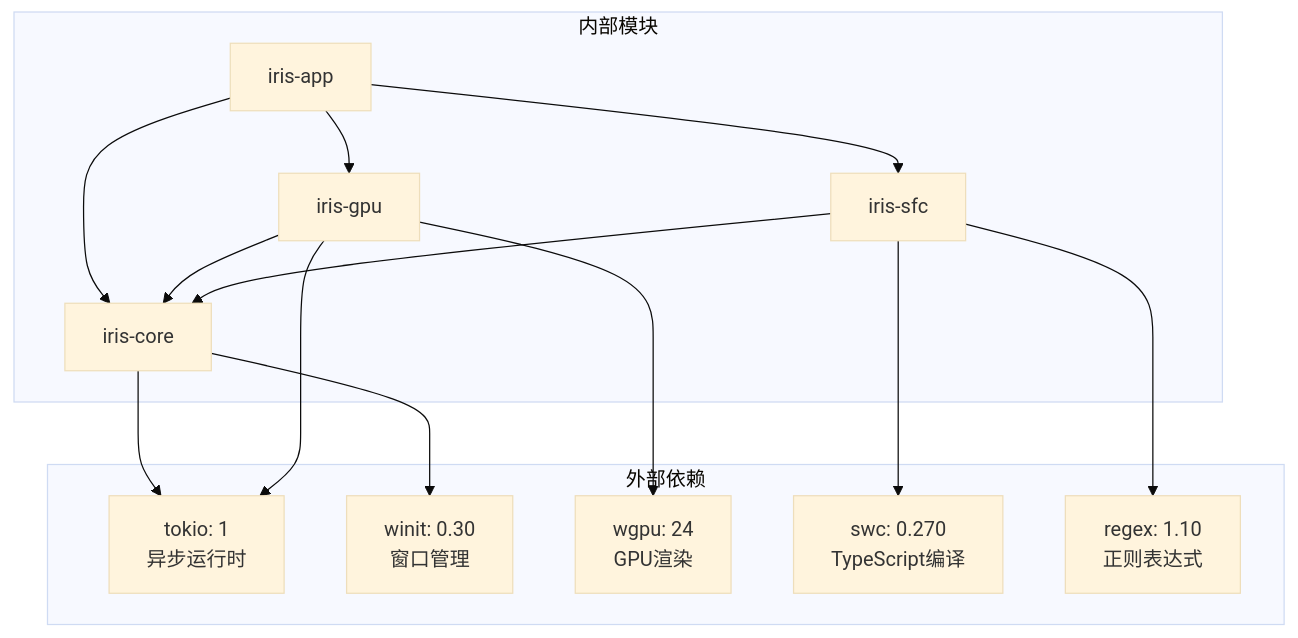
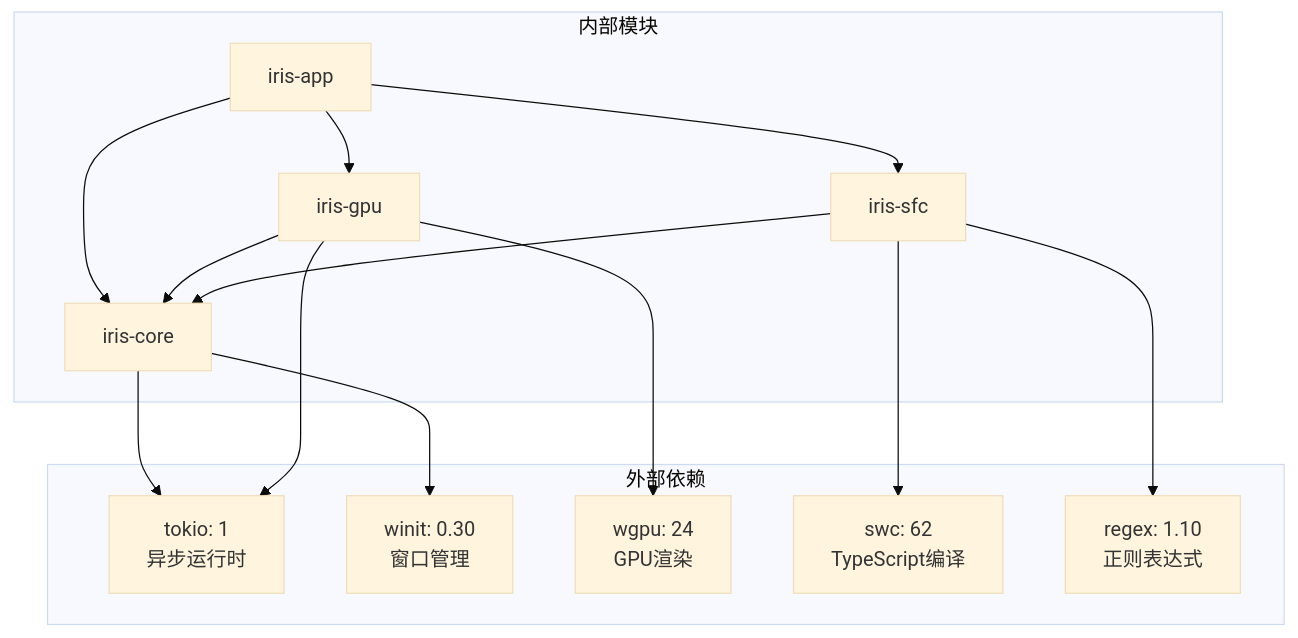
Before and after one commit to itszzl-sudo/iris: the eighth of 10 diagrams in .qoder/repowiki/zh/content/部署与配置/Cargo性能优化完整指南/Cargo性能优化完整指南.md, drawn with Mermaid (base theme). The commit also changed other lines of this file and 17 other files, not shown here.

````diff
--- a/.qoder/repowiki/zh/content/部署与配置/Cargo性能优化完整指南/Cargo性能优化完整指南.md
+++ b/.qoder/repowiki/zh/content/部署与配置/Cargo性能优化完整指南/Cargo性能优化完整指南.md
@@ -319,27 +326,27 @@
 ```mermaid
 graph TB
 subgraph "外部依赖"
 Tokio[tokio: 1<br/>异步运行时]
 Winit[winit: 0.30<br/>窗口管理]
 WGPU[wgpu: 24<br/>GPU渲染]
-SWC[swc: 0.270<br/>TypeScript编译]
+SWC[swc: 62<br/>TypeScript编译]
 Regex[regex: 1.10<br/>正则表达式]
 end
 subgraph "内部模块"
 Core[iris-core]
 GPU[iris-gpu]
 SFC[iris-sfc]
 App[iris-app]
 end
 App --> Core
 App --> GPU
 App --> SFC
 Core --> Tokio
 Core --> Winit
 GPU --> Core
 GPU --> WGPU
 GPU --> Tokio
 SFC --> Core
 SFC --> SWC
 SFC --> Regex
 ```
````
